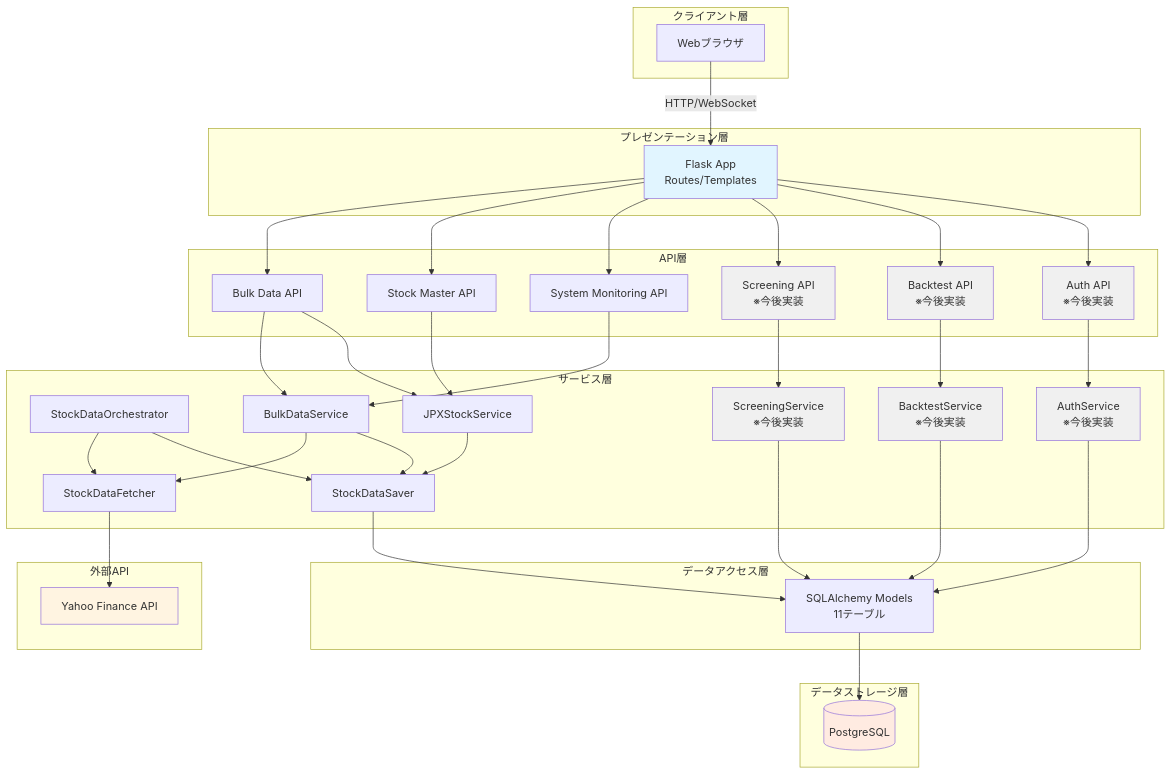
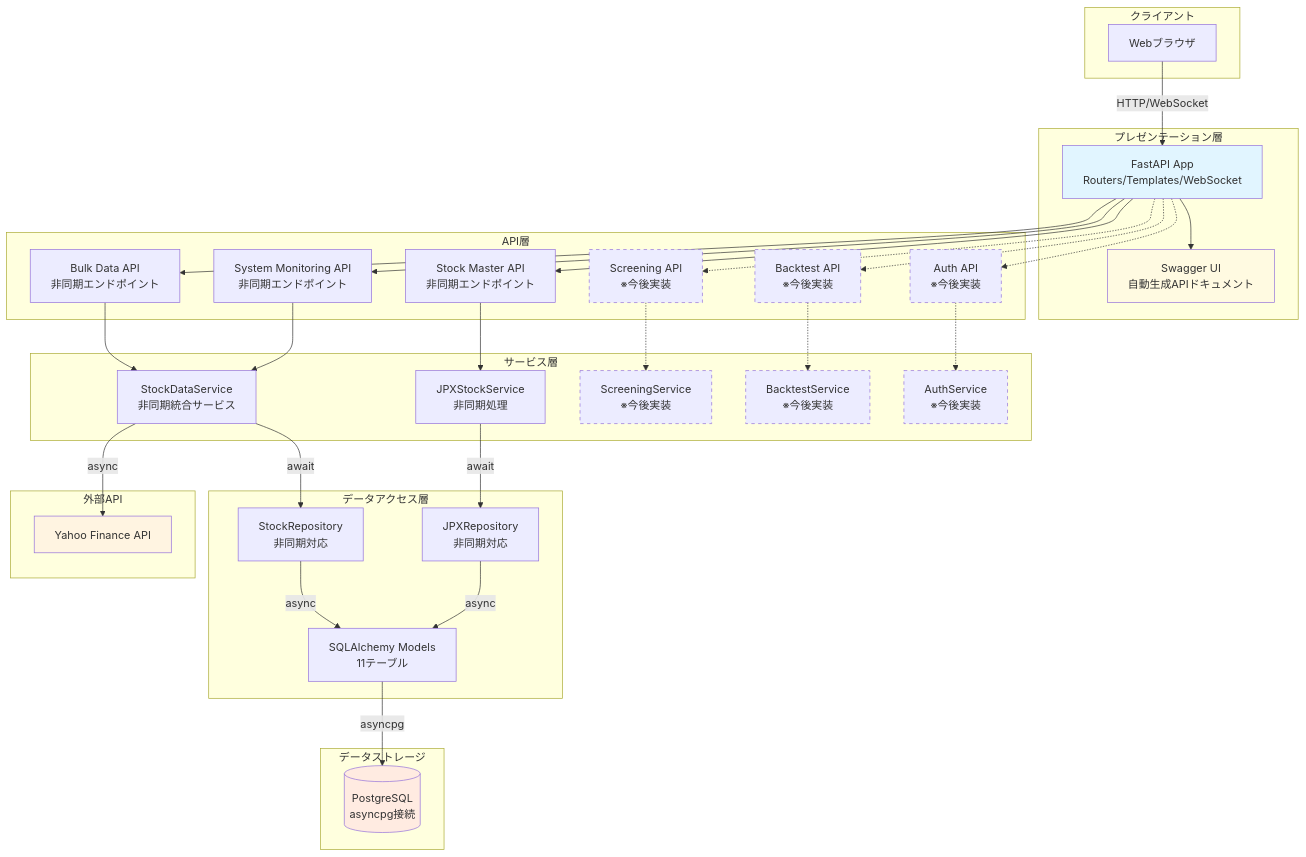
One commit to TIMMY-WEST/STOCK-INVESTMENT-ANALYZER changed the first of 3 diagrams in docs/architecture/architecture_overview.md. Above: the diagram before and after it, drawn with Mermaid. The commit also changed other lines of this file and 1 other file, not shown here.

````diff
--- a/docs/architecture/architecture_overview.md
+++ b/docs/architecture/architecture_overview.md
@@ -128,71 +127,73 @@
 ```mermaid
 graph TB
-    subgraph "クライアント層"
+    subgraph "クライアント"
         Browser[Webブラウザ]
     end
 
     subgraph "プレゼンテーション層"
-        Flask[Flask App<br/>Routes/Templates]
+        FastAPI[FastAPI App<br/>Routers/Templates/WebSocket]
+        Swagger[Swagger UI<br/>自動生成APIドキュメント]
     end
 
     subgraph "API層"
-        BulkAPI[Bulk Data API]
-        StockAPI[Stock Master API]
-        MonitorAPI[System Monitoring API]
+        BulkAPI[Bulk Data API<br/>非同期エンドポイント]
+        StockAPI[Stock Master API<br/>非同期エンドポイント]
+        MonitorAPI[System Monitoring API<br/>非同期エンドポイント]
         ScreeningAPI[Screening API<br/>※今後実装]
         BacktestAPI[Backtest API<br/>※今後実装]
         AuthAPI[Auth API<br/>※今後実装]
     end
 
     subgraph "サービス層"
-        Orchestrator[StockDataOrchestrator]
-        Fetcher[StockDataFetcher]
-        Saver[StockDataSaver]
-        BulkService[BulkDataService]
-        JPXService[JPXStockService]
+        StockService[StockDataService<br/>非同期統合サービス]
+        JPXService[JPXStockService<br/>非同期処理]
         ScreeningService[ScreeningService<br/>※今後実装]
         BacktestService[BacktestService<br/>※今後実装]
         AuthService[AuthService<br/>※今後実装]
     end
 
     subgraph "データアクセス層"
+        StockRepo[StockRepository<br/>非同期対応]
+        JPXRepo[JPXRepository<br/>非同期対応]
         Models[SQLAlchemy Models<br/>11テーブル]
-    end
-
-    subgraph "データストレージ層"
-        PostgreSQL[(PostgreSQL)]
     end
 
     subgraph "外部API"
         YFinance[Yahoo Finance API]
     end
 
-    Browser -->|HTTP/WebSocket| Flask
-    Flask --> BulkAPI & StockAPI & MonitorAPI & ScreeningAPI & BacktestAPI & AuthAPI
-    BulkAPI --> BulkService & JPXService
+    subgraph "データストレージ"
+        PostgreSQL[(PostgreSQL<br/>asyncpg接続)]
+    end
+
+    Browser -->|HTTP/WebSocket| FastAPI
+    FastAPI --> Swagger
+    FastAPI --> BulkAPI & StockAPI & MonitorAPI
+    FastAPI -.-> ScreeningAPI & BacktestAPI & AuthAPI
+
+    BulkAPI --> StockService
     StockAPI --> JPXService
-    MonitorAPI --> BulkService
-    ScreeningAPI --> ScreeningService
-    BacktestAPI --> BacktestService
-    AuthAPI --> AuthService
-    Orchestrator --> Fetcher
-    Orchestrator --> Saver
-    BulkService --> Fetcher & Saver
-    JPXService --> Saver
-    ScreeningService --> Models
-    BacktestService --> Models
-    AuthService --> Models
-    Fetcher --> YFinance
-    Saver --> Models
-    Models --> PostgreSQL
+    MonitorAPI --> StockService
+    ScreeningAPI -.-> ScreeningService
+    BacktestAPI -.-> BacktestService
+    AuthAPI -.-> AuthService
 
-    style Flask fill:#e1f5ff
+    StockService -->|await| StockRepo
+    JPXService -->|await| JPXRepo
+    StockService -->|async| YFinance
+
+    StockRepo -->|async| Models
+    JPXRepo -->|async| Models
+    Models -->|asyncpg| PostgreSQL
+
+    style FastAPI fill:#e1f5ff
+    style Swagger fill:#fffae1
     style PostgreSQL fill:#ffebe1
     style YFinance fill:#fff4e1
-    style ScreeningAPI fill:#f0f0f0
-    style BacktestAPI fill:#f0f0f0
-    style AuthAPI fill:#f0f0f0
-    style ScreeningService fill:#f0f0f0
-    style BacktestService fill:#f0f0f0
-    style AuthService fill:#f0f0f0
+    style ScreeningAPI stroke-dasharray: 5 5
+    style BacktestAPI stroke-dasharray: 5 5
+    style AuthAPI stroke-dasharray: 5 5
+    style ScreeningService stroke-dasharray: 5 5
+    style BacktestService stroke-dasharray: 5 5
+    style AuthService stroke-dasharray: 5 5
 ```
````
